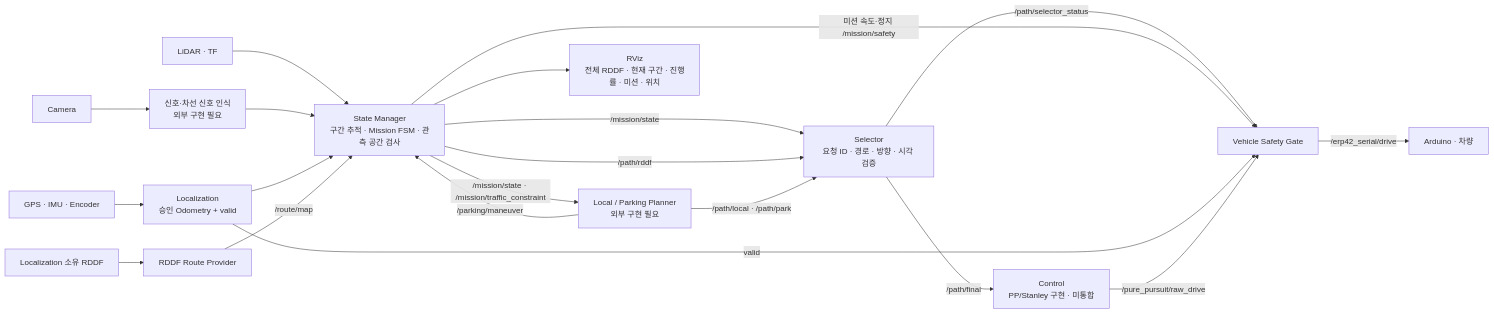
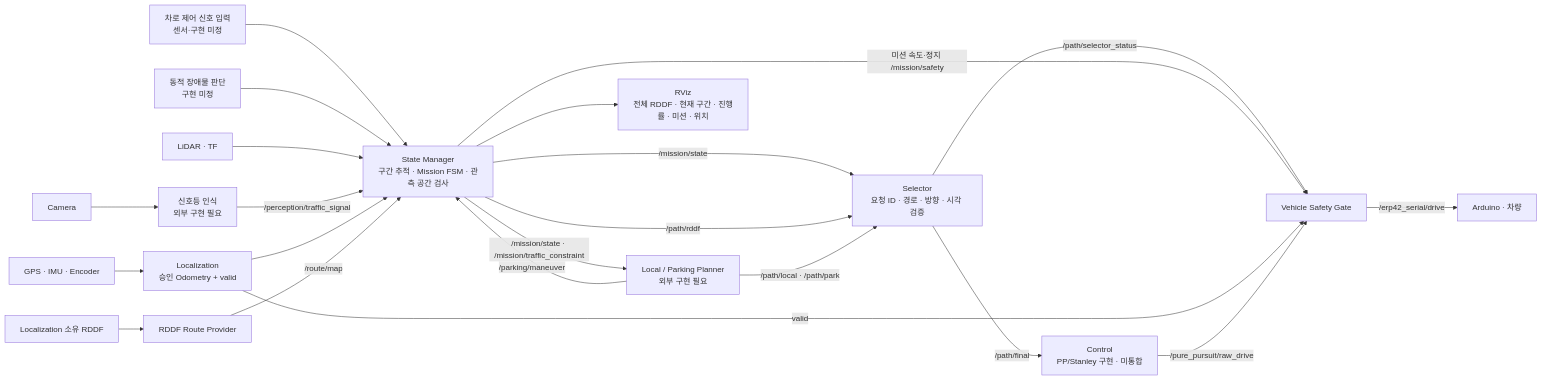
The diagram in README.md (Team-Stier/HL-FMA-1-5-2026), drawn with Mermaid before and after one commit. The commit also changed other lines of this file and 27 other files, not shown here.

Commit message:
Refine path planning architecture

````diff
--- a/README.md
+++ b/README.md
@@ -206,22 +206,24 @@
 ```mermaid
 flowchart LR
     GPS["GPS · IMU · Encoder"] --> LOC["Localization<br/>승인 Odometry + valid"]
-    CAM["Camera"] --> VISION["신호·차선 신호 인식<br/>외부 구현 필요"]
+    CAM["Camera"] --> TRAFFIC["신호등 인식<br/>외부 구현 필요"]
+    LANE["차로 제어 신호 입력<br/>센서·구현 미정"] --> SM
+    DYNAMIC["동적 장애물 판단<br/>구현 미정"] --> SM
     LIDAR["LiDAR · TF"] --> SM
-    VISION --> SM
+    TRAFFIC -->|"/perception/traffic_signal"| SM
     LOC --> SM
     RDDF["Localization 소유 RDDF"] --> PROVIDER["RDDF Route Provider"]
     PROVIDER -->|"/route/map"| SM["State Manager<br/>구간 추적 · Mission FSM · 관측 공간 검사"]
     SM -->|"/mission/state · /mission/traffic_constraint"| LOCAL["Local / Parking Planner<br/>외부 구현 필요"]
     SM -->|"/mission/state"| SELECTOR["Selector<br/>요청 ID · 경로 · 방향 · 시각 검증"]
     SM -->|"/path/rddf"| SELECTOR
     LOCAL -->|"/path/local · /path/park"| SELECTOR
     LOCAL -->|"/parking/maneuver"| SM
     SELECTOR -->|"/path/final"| CONTROL["Control<br/>PP/Stanley 구현 · 미통합"]
     SELECTOR -->|"/path/selector_status"| GATE
     SM -->|"미션 속도·정지 /mission/safety"| GATE["Vehicle Safety Gate"]
     LOC -->|"valid"| GATE
     CONTROL -->|"/pure_pursuit/raw_drive"| GATE
     GATE -->|"/erp42_serial/drive"| VEHICLE["Arduino · 차량"]
     SM --> RVIZ["RViz<br/>전체 RDDF · 현재 구간 · 진행률 · 미션 · 위치"]
 ```
````
